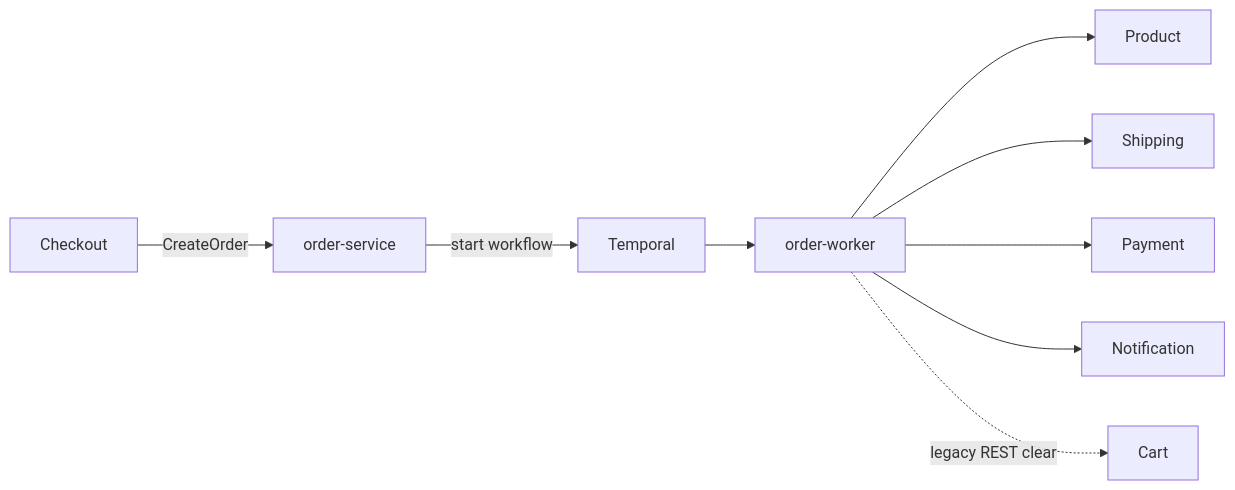
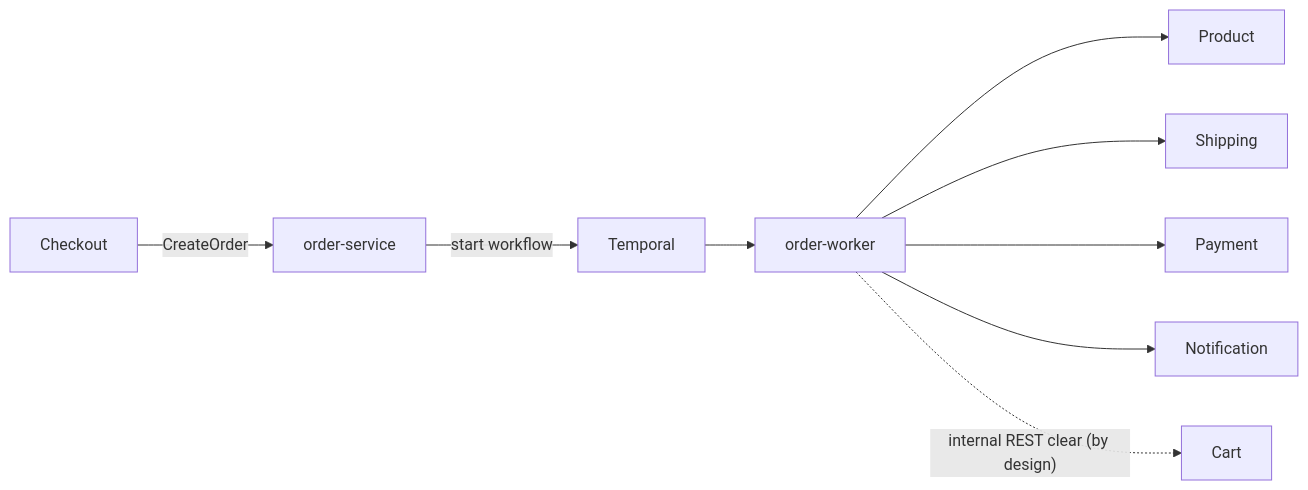
The first of 14 diagrams in docs/api/temporal-order-fulfillment.md (duynhlab/homelab), drawn with Mermaid before and after one commit. The commit also changed other lines of this file and 7 other files, not shown here.

````diff
--- a/docs/api/temporal-order-fulfillment.md
+++ b/docs/api/temporal-order-fulfillment.md
@@ -30,11 +30,11 @@
 ```mermaid
 flowchart LR
     Checkout -->|"CreateOrder"| Order["order-service"]
     Order -->|"start workflow"| Temporal
     Temporal --> Worker["order-worker"]
     Worker --> Product
     Worker --> Shipping
     Worker --> Payment
     Worker --> Notification
-    Worker -.->|"legacy REST clear"| Cart
+    Worker -.->|"internal REST clear (by design)"| Cart
 ```
````
